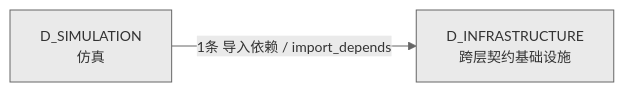
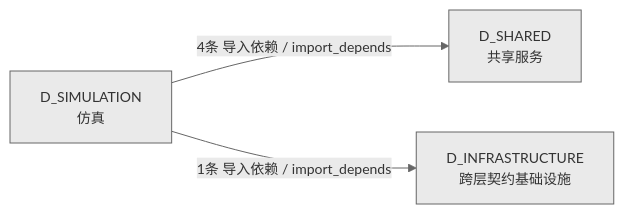
Before and after one commit to xuanFelixVan/ZephyrAlpha: the fourth of 4 diagrams in docs/02_enterprise_architecture/02_domain_architecture_docs/70_d_simulation.md, drawn with Mermaid. The commit also changed other lines of this file and 51 other files, not shown here.

````diff
--- a/docs/02_enterprise_architecture/02_domain_architecture_docs/70_d_simulation.md
+++ b/docs/02_enterprise_architecture/02_domain_architecture_docs/70_d_simulation.md
@@ -157,7 +190,9 @@
 ```mermaid
 %%{init: {'theme': 'base', 'themeVariables': {'primaryColor': '#eaeaea', 'primaryTextColor': '#333333', 'primaryBorderColor': '#666666', 'lineColor': '#666666', 'secondaryColor': '#eaeaea', 'tertiaryColor': '#eaeaea', 'fontSize': '14px'}}}%%
 graph LR
     D_SIMULATION["D_SIMULATION<br/>仿真"]
+    D_SHARED["D_SHARED<br/>共享服务"]
     D_INFRASTRUCTURE["D_INFRASTRUCTURE<br/>跨层契约基础设施"]
+    D_SIMULATION -->|4条 导入依赖 / import_depends| D_SHARED
     D_SIMULATION -->|1条 导入依赖 / import_depends| D_INFRASTRUCTURE
 ```
````
